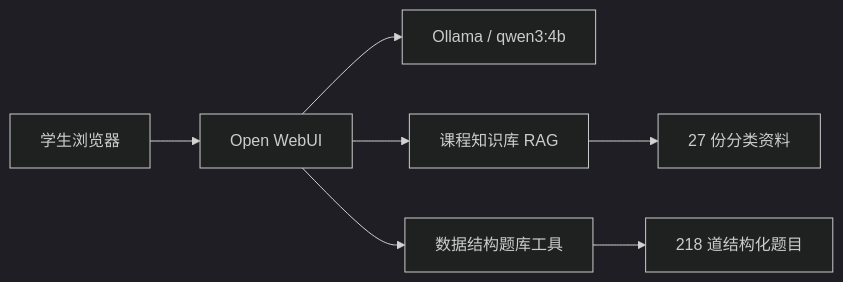
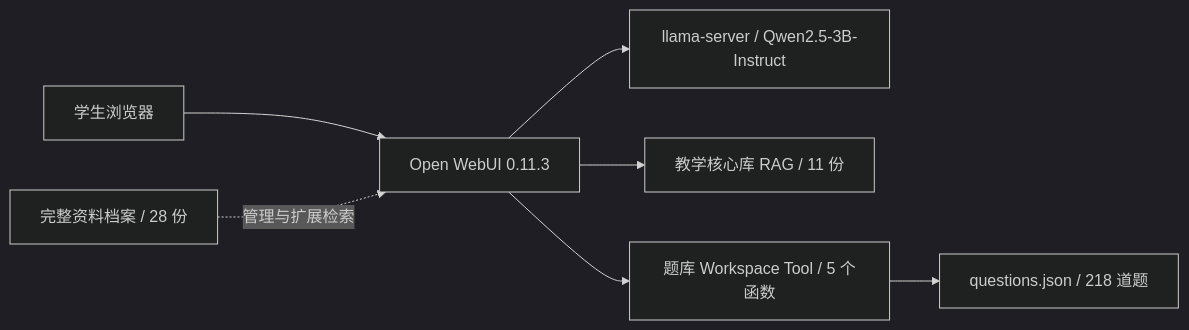
One commit to 2300172382a-coder/data-structures-ai-tutor changed the diagram in docs/ARCHITECTURE.md. Above: the diagram before and after it, drawn with Mermaid (dark theme). The commit also changed other lines of this file and 15 other files, not shown here.

Commit message:
feat: add verified native Open WebUI workflow

````diff
--- a/docs/ARCHITECTURE.md
+++ b/docs/ARCHITECTURE.md
@@ -5,9 +5,9 @@
 ```mermaid
 flowchart LR
-    U[学生浏览器] --> W[Open WebUI]
-    W --> M[Ollama / qwen3:4b]
-    W --> R[课程知识库 RAG]
-    W --> T[数据结构题库工具]
-    R --> K[27 份分类资料]
-    T --> B[218 道结构化题目]
+    U[学生浏览器] --> W[Open WebUI 0.11.3]
+    W --> M[llama-server / Qwen2.5-3B-Instruct]
+    W --> R[教学核心库 RAG / 11 份]
+    W --> T[题库 Workspace Tool / 5 个函数]
+    A[完整资料档案 / 28 份] -. 管理与扩展检索 .-> W
+    T --> B[questions.json / 218 道题]
 ```
````
